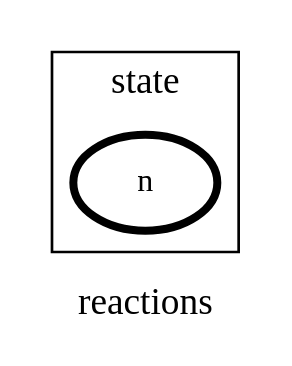
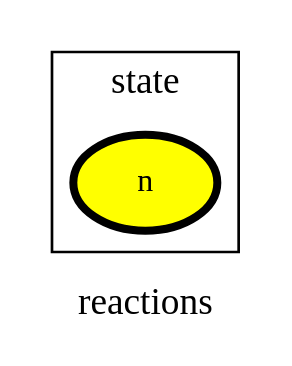
The diagram in ontology_graphs/graph__reactions.dot (heinz-preisig/processes_distributed_no_interface_eqs), drawn with Graphviz before and after one commit. The commit also changed 29 other files, not shown here.

```diff
--- a/ontology_graphs/graph__reactions.dot
+++ b/ontology_graphs/graph__reactions.dot
@@ -1,60 +1,60 @@
 digraph reactions {
 label=reactions;
 rankdir=LR;
 subgraph cluster_reactions___network {
 label=network;
 rankdir=LR;
 }
 
 subgraph cluster_reactions___differenceOperator {
 label=differenceOperator;
 rankdir=LR;
 }
 
 subgraph cluster_reactions___frame {
 label=frame;
 rankdir=LR;
 }
 
 subgraph cluster_reactions___state {
 label=state;
 rankdir=LR;
-V_1 [fillcolor=white, fontsize=12, label=n, penwidth=3, style=filled];
+V_1 [fillcolor=yellow, fontsize=12, label=n, penwidth=3, style=filled];
 }
 
 subgraph cluster_reactions___constant {
 label=constant;
 rankdir=LR;
 }
 
 subgraph cluster_reactions___effort {
 label=effort;
 rankdir=LR;
 }
 
 subgraph cluster_reactions___secondaryState {
 label=secondaryState;
 rankdir=LR;
 }
 
 subgraph cluster_reactions___diffState {
 label=diffState;
 rankdir=LR;
 }
 
 subgraph cluster_reactions___conversion {
 label=conversion;
 rankdir=LR;
 }
 
 subgraph cluster_reactions___controlInput {
 label=controlInput;
 rankdir=LR;
 }
 
 subgraph cluster_reactions___observation {
 label=observation;
 rankdir=LR;
 }
 
 }
```
